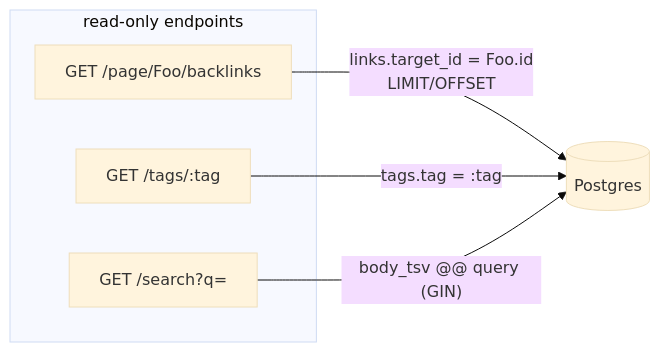
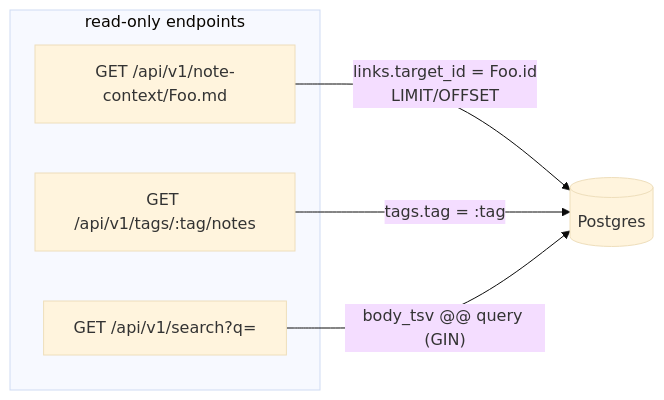
Before and after one commit to azusachino/miku: the seventh of 8 diagrams in miku_docs/dataflow.md, drawn with Mermaid (base theme). The commit also changed other lines of this file and 42 other files, not shown here.

Commit message:
docs: align current architecture and vault notes

````diff
--- a/miku_docs/dataflow.md
+++ b/miku_docs/dataflow.md
@@ -125,11 +133,11 @@
 ```mermaid
 flowchart LR
   subgraph Read["read-only endpoints"]
-    BL["GET /page/Foo/backlinks"]
-    TG["GET /tags/:tag"]
-    SR["GET /search?q="]
+    BL["GET /api/v1/note-context/Foo.md"]
+    TG["GET /api/v1/tags/:tag/notes"]
+    SR["GET /api/v1/search?q="]
   end
   BL -->|"links.target_id = Foo.id<br/>LIMIT/OFFSET"| PG[("Postgres")]
   TG -->|"tags.tag = :tag"| PG
   SR -->|"body_tsv @@ query (GIN)"| PG
 ```
````
